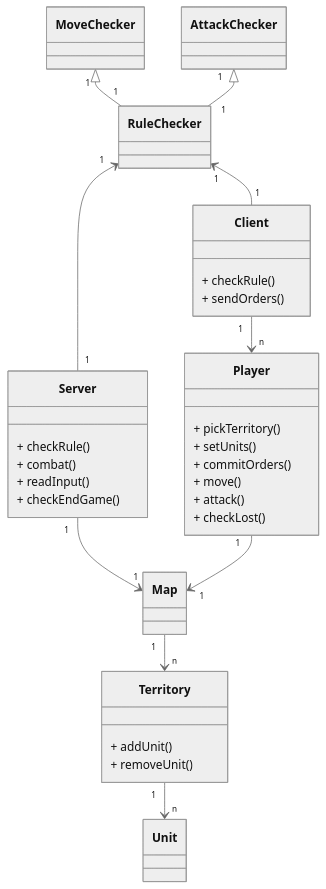
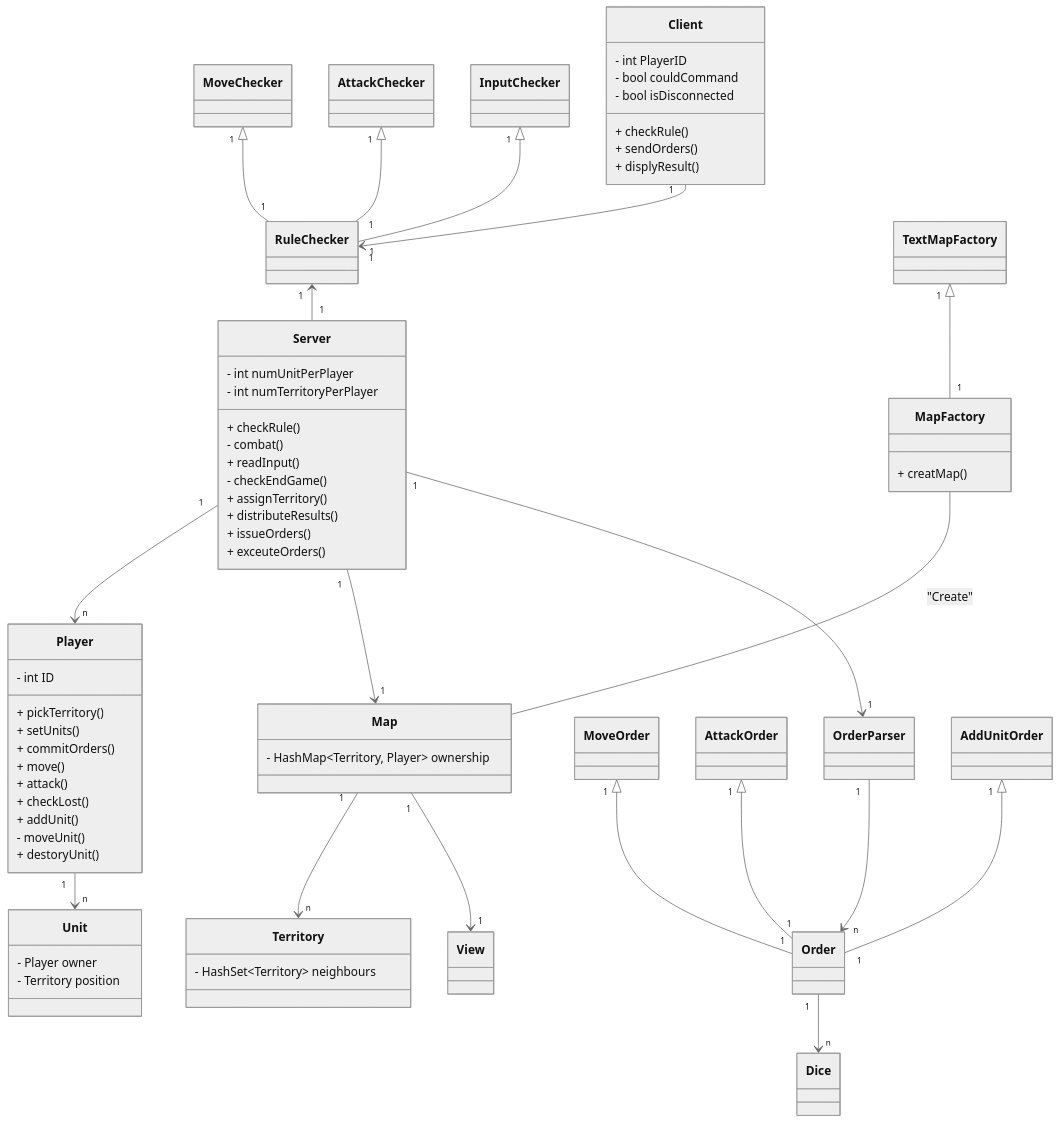
One commit to qt-wang/RISC_Game changed the diagram in README.md. Above: the diagram before and after it, drawn with Mermaid (neutral theme).

Commit message:
Group members decide second version of UML

````diff
--- a/README.md
+++ b/README.md
@@ -4,26 +4,69 @@
 classDiagram
  
     RuleChecker "1" <-- "1" Server
-    RuleChecker "1" <-- "1" Client
     MoveChecker "1" <|-- "1" RuleChecker
     AttackChecker "1" <|-- "1" RuleChecker
-    Client "1" --> "n" Player
+    InputChecker "1" <|-- "1" RuleChecker
+    Server "1" --> "n" Player
+    Client "1" --> "1" RuleChecker
     Server "1" --> "1" Map
-    Player "1" --> "1" Map
     Map "1" --> "n" Territory
-    Territory "1" --> "n" Unit
+    Player "1" --> "n" Unit
+    TextMapFactory "1" <|-- "1" MapFactory
+    MapFactory -- Map: "Create"
+    Map "1" --> "1" View
+    MoveOrder "1" <|-- "1" Order
+    AttackOrder "1" <|-- "1" Order
+    OrderParser "1" --> "n" Order
+    AddUnitOrder "1" <|-- "1" Order
+    Server "1" --> "1" OrderParser
+    Order "1" --> "n" Dice
 
 
     class Server{
+        - int numUnitPerPlayer
+        - int numTerritoryPerPlayer
         + checkRule()
-        + combat()
+        - combat()
         + readInput()
-        + checkEndGame()
+        - checkEndGame()
+        + assignTerritory()
+        + distributeResults()
+        + issueOrders()
+        + exceuteOrders()
+    }
+
+    class OrderParser {
+
+    }
+
+    class Order {
+
+    }
+
+    class MoveOrder {
+
+    }
+
+    class AttackOrder {
+
+    }
+
+    class AddUnitOrder{
+
+    }
+
+    class Dice{
+
     }
 
     class Client {
+        - int PlayerID
+        - bool couldCommand
+        - bool isDisconnected
         + checkRule()
         + sendOrders()
+        + displyResult()
     }
 
     class RuleChecker {
@@ -38,25 +81,45 @@
 
     }
 
+    class InputChecker {
+
+    }
+
     class Player {
+        - int ID
         + pickTerritory()
         + setUnits()
         + commitOrders()
         + move()
         + attack()
         + checkLost()
+        + addUnit()
+        - moveUnit()
+        + destoryUnit()
     }
 
     class Map {
+        - HashMap~Territory, Player~ ownership
+    }
+
+    class View {
+
+    }
+
+    class MapFactory {
+        + creatMap()
+    }
+
+    class TextMapFactory {
 
     }
 
     class Territory {
-        + addUnit()
-        + removeUnit()
+        - HashSet~Territory~ neighbours
     }
 
     class Unit {
-
+        - Player owner
+        - Territory position 
     }       
 ```
````
